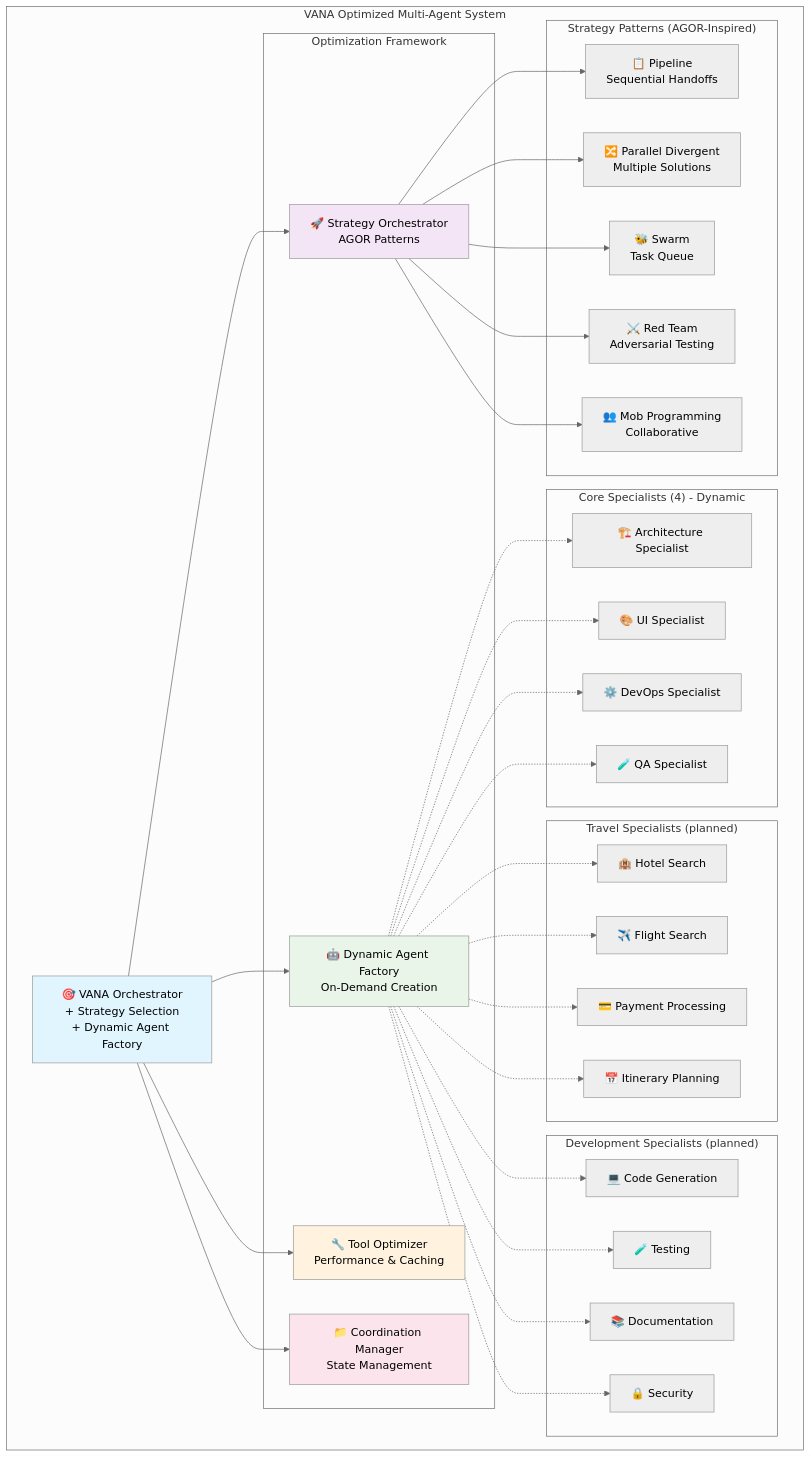
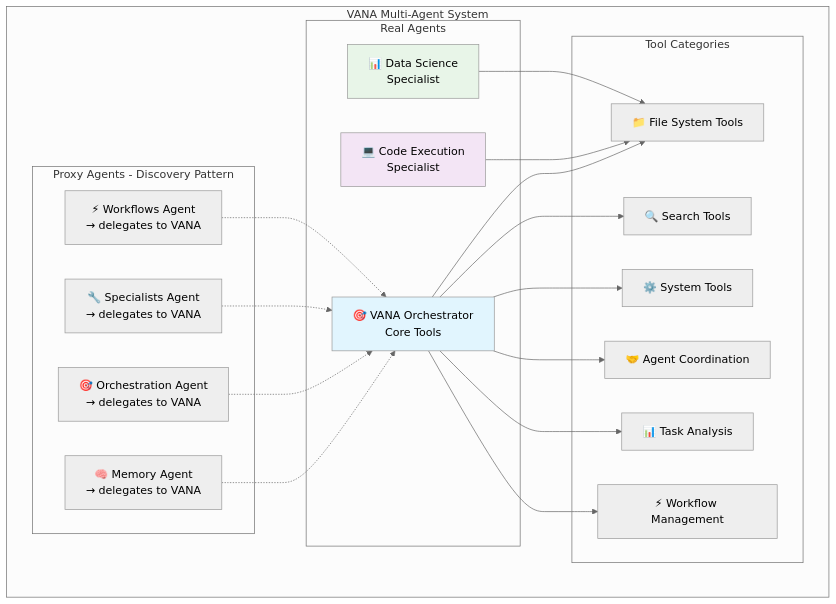
One commit to NickB03/vana changed the diagram in docs/architecture/agents.md. Above: the diagram before and after it, drawn with Mermaid (neutral theme). The commit also changed other lines of this file and 74 other files, not shown here.

````diff
--- a/docs/architecture/agents.md
+++ b/docs/architecture/agents.md
@@ -19,72 +19,45 @@
 ```mermaid
 graph TB
-    subgraph "VANA Optimized Multi-Agent System"
-        VANA[🎯 VANA Orchestrator<br/>+ Strategy Selection<br/>+ Dynamic Agent Factory]
-
-        subgraph "Optimization Framework"
-            SO[🚀 Strategy Orchestrator<br/>AGOR Patterns]
-            DAF[🤖 Dynamic Agent Factory<br/>On-Demand Creation]
-            TO[🔧 Tool Optimizer<br/>Performance & Caching]
-            CM[📁 Coordination Manager<br/>State Management]
+    subgraph "VANA Multi-Agent System"
+        subgraph "Real Agents"
+            VANA[🎯 VANA Orchestrator<br/>Core Tools]
+            CODE[💻 Code Execution<br/>Specialist]
+            DATA[📊 Data Science<br/>Specialist]
         end
 
-        subgraph "Core Specialists (4) - Dynamic"
-            AS[🏗️ Architecture Specialist]
-            US[🎨 UI Specialist]
-            DS[⚙️ DevOps Specialist]
-            QS[🧪 QA Specialist]
+        subgraph "Proxy Agents - Discovery Pattern"
+            MEMORY[🧠 Memory Agent<br/>→ delegates to VANA]
+            ORCH[🎯 Orchestration Agent<br/>→ delegates to VANA]
+            SPEC[🔧 Specialists Agent<br/>→ delegates to VANA]
+            WORK[⚡ Workflows Agent<br/>→ delegates to VANA]
         end
 
-        subgraph "Travel Specialists (planned)"
-            HS[🏨 Hotel Search]
-            FS[✈️ Flight Search]
-            PP[💳 Payment Processing]
-            IP[📅 Itinerary Planning]
-        end
-
-        subgraph "Development Specialists (planned)"
-            CG[💻 Code Generation]
-            TE[🧪 Testing]
-            DOC[📚 Documentation]
-            SEC[🔒 Security]
-        end
-
-        subgraph "Strategy Patterns (AGOR-Inspired)"
-            PIPE[📋 Pipeline<br/>Sequential Handoffs]
-            PARA[🔀 Parallel Divergent<br/>Multiple Solutions]
-            SWARM[🐝 Swarm<br/>Task Queue]
-            RED[⚔️ Red Team<br/>Adversarial Testing]
-            MOB[👥 Mob Programming<br/>Collaborative]
+        subgraph "Tool Categories"
+            FS[📁 File System Tools]
+            SEARCH[🔍 Search Tools]
+            SYS[⚙️ System Tools]
+            COORD[🤝 Agent Coordination]
+            TASK[📊 Task Analysis]
+            WF[⚡ Workflow Management]
         end
     end
 
-    VANA --> SO
-    VANA --> DAF
-    VANA --> TO
-    VANA --> CM
+    MEMORY -.-> VANA
+    ORCH -.-> VANA
+    SPEC -.-> VANA
+    WORK -.-> VANA
 
-    SO --> PIPE
-    SO --> PARA
-    SO --> SWARM
-    SO --> RED
-    SO --> MOB
+    VANA --> FS
+    VANA --> SEARCH
+    VANA --> SYS
+    VANA --> COORD
+    VANA --> TASK
+    VANA --> WF
 
-    DAF -.-> AS
-    DAF -.-> US
-    DAF -.-> DS
-    DAF -.-> QS
-    DAF -.-> HS
-    DAF -.-> FS
-    DAF -.-> PP
-    DAF -.-> IP
-    DAF -.-> CG
-    DAF -.-> TE
-    DAF -.-> DOC
-    DAF -.-> SEC
+    CODE --> FS
+    DATA --> FS
 
     style VANA fill:#e1f5fe
-    style SO fill:#f3e5f5
-    style DAF fill:#e8f5e8
-    style TO fill:#fff3e0
-    style CM fill:#fce4ec
+    style CODE fill:#f3e5f5
+    style DATA fill:#e8f5e8
 ```
````
